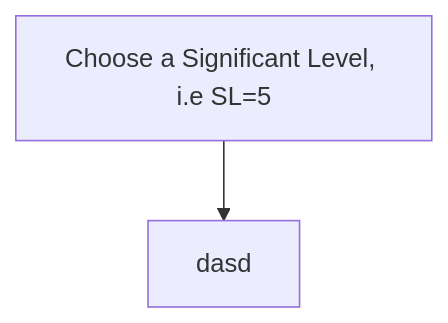
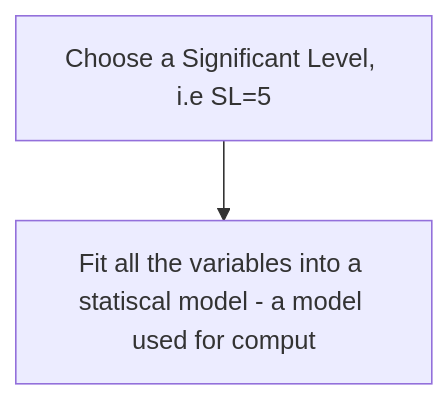
Before and after one commit to danny-dang/datascience-cheatsheet: the diagram in Data Science Cheatsheet/Machine Learning.md, drawn with Mermaid. The commit also changed other lines of this file, not shown here.

````diff
--- a/Data Science Cheatsheet/Machine Learning.md
+++ b/Data Science Cheatsheet/Machine Learning.md
@@ -233,5 +233,5 @@
 	```mermaid
 	graph TD
 	A[Choose a Significant Level, i.e SL=5]
-	A --> B[dasd]
+	A --> B[Fit all the variables into a statiscal model - a model used for comput]
 	```
````
